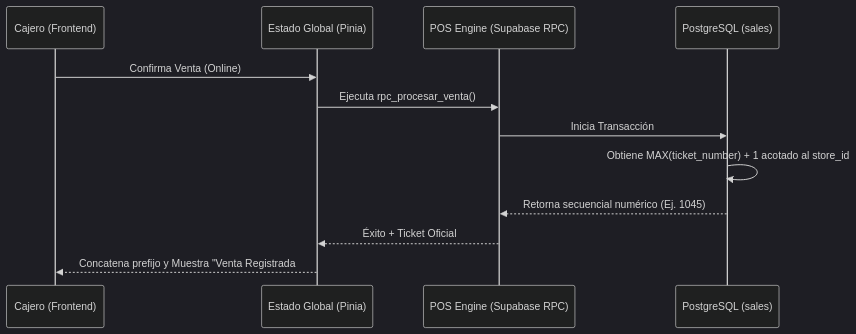
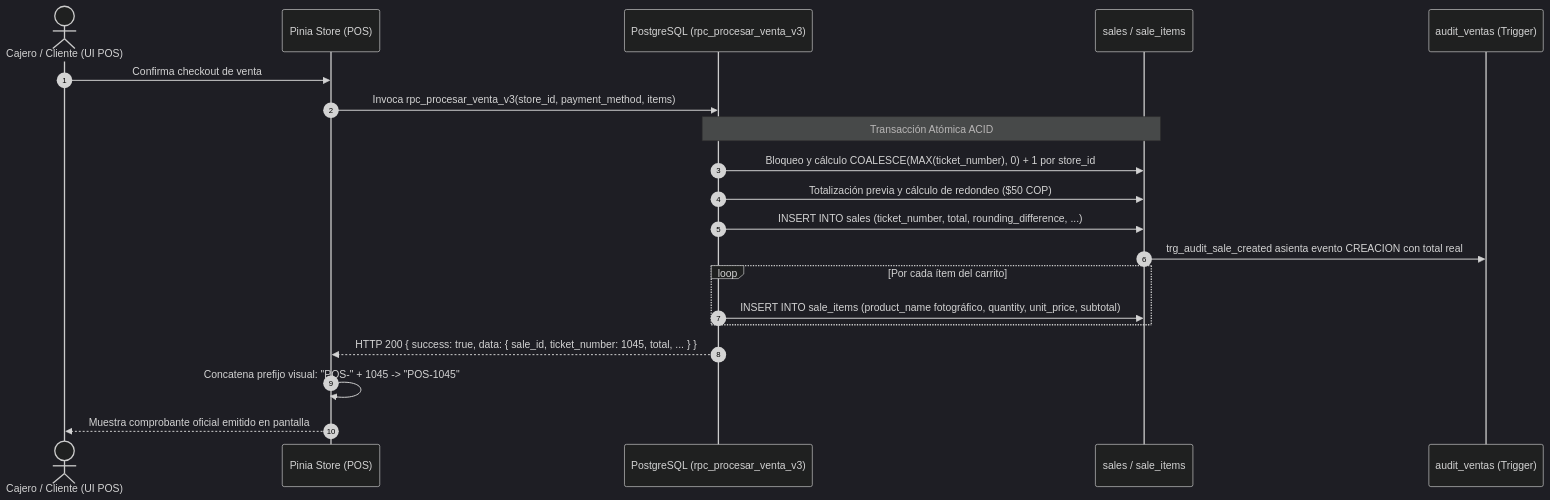
One commit to YamirJCF/tienda-barrio-pro changed the second of 5 diagrams in documentation/01_requirements/SDD/SDD_007_02_TICKET_DE_VENTA.md. Above: the diagram before and after it, drawn with Mermaid (dark theme). The commit also changed other lines of this file, not shown here.

Commit message:
docs(sdd): rectificar y sanitizar SDD-007-02 bajo protocolo PAC-SDD estricto con certificacion QA

````diff
--- a/documentation/01_requirements/SDD/SDD_007_02_TICKET_DE_VENTA.md
+++ b/documentation/01_requirements/SDD/SDD_007_02_TICKET_DE_VENTA.md
@@ -83,15 +125,26 @@
 ```mermaid
 sequenceDiagram
-    participant UI as Cajero (Frontend)
-    participant Store as Estado Global (Pinia)
-    participant API as POS Engine (Supabase RPC)
-    participant DB as PostgreSQL (sales)
+    autonumber
+    actor C as Cajero / Cliente (UI POS)
+    participant Store as Pinia Store (POS)
+    participant RPC as PostgreSQL (rpc_procesar_venta_v3)
+    participant DB as sales / sale_items
+    participant AV as audit_ventas (Trigger)
 
-    UI->>Store: Confirma Venta (Online)
-    Store->>API: Ejecuta rpc_procesar_venta()
-    API->>DB: Inicia Transacción
-    DB->>DB: Obtiene MAX(ticket_number) + 1 acotado al store_id
-    DB-->>API: Retorna secuencial numérico (Ej. 1045)
-    API-->>Store: Éxito + Ticket Oficial
-    Store-->>UI: Concatena prefijo y Muestra "Venta Registrada #POS-1045"
+    C->>Store: Confirma checkout de venta
+    Store->>RPC: Invoca rpc_procesar_venta_v3(store_id, payment_method, items)
+    
+    Note over RPC, DB: Transacción Atómica ACID
+    RPC->>DB: Bloqueo y cálculo COALESCE(MAX(ticket_number), 0) + 1 por store_id
+    RPC->>DB: Totalización previa y cálculo de redondeo ($50 COP)
+    RPC->>DB: INSERT INTO sales (ticket_number, total, rounding_difference, ...)
+    DB->>AV: trg_audit_sale_created asienta evento CREACION con total real
+    
+    loop Por cada ítem del carrito
+        RPC->>DB: INSERT INTO sale_items (product_name fotográfico, quantity, unit_price, subtotal)
+    end
+
+    RPC-->>Store: HTTP 200 { success: true, data: { sale_id, ticket_number: 1045, total, ... } }
+    Store->>Store: Concatena prefijo visual: "POS-" + 1045 -> "POS-1045"
+    Store-->>C: Muestra comprobante oficial emitido en pantalla
 ```
````
